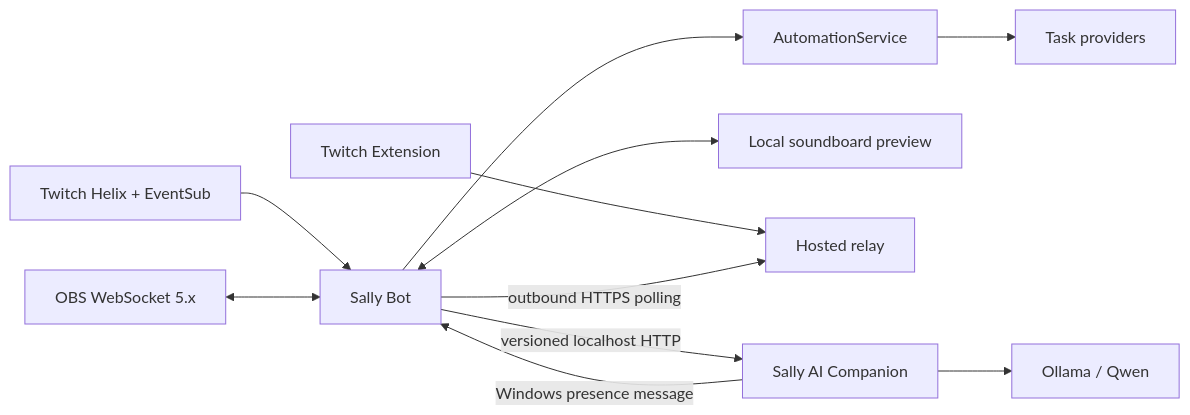
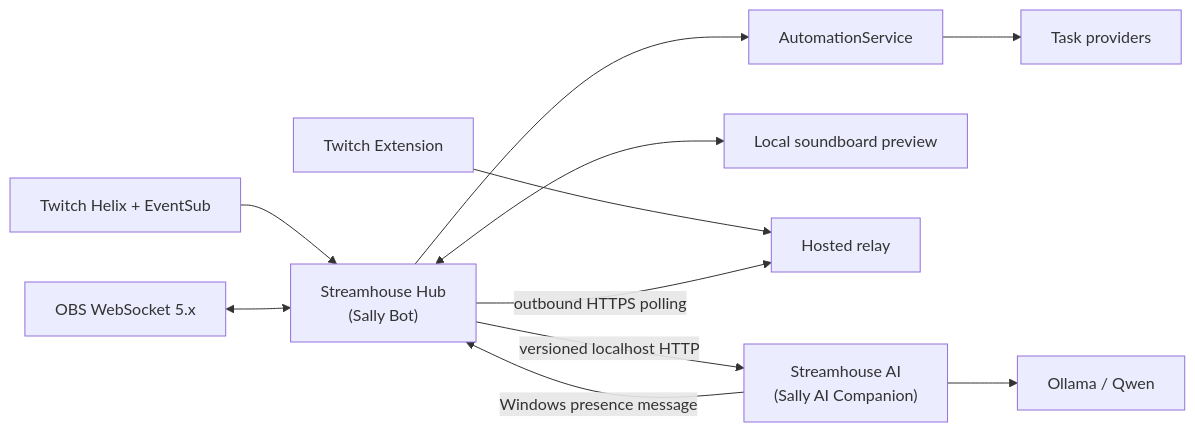
The first of 4 diagrams in docs/architecture.md (itsjusty0gurt/StreamHouse), drawn with Mermaid before and after one commit. The commit also changed other lines of this file and 9 other files, not shown here.

Commit message:
docs: define Streamhouse product family and roadmap

````diff
--- a/docs/architecture.md
+++ b/docs/architecture.md
@@ -45,13 +54,13 @@
 ```mermaid
 flowchart LR
-    Twitch["Twitch Helix + EventSub"] --> Bot["Sally Bot"]
+    Twitch["Twitch Helix + EventSub"] --> Bot["Streamhouse Hub<br/>(Sally Bot)"]
     OBS["OBS WebSocket 5.x"] <--> Bot
     Bot --> Automation["AutomationService"]
     Automation --> Tasks["Task providers"]
     Bot <--> LocalPreview["Local soundboard preview"]
     Extension["Twitch Extension"] --> Relay["Hosted relay"]
     Bot -->|"outbound HTTPS polling"| Relay
-    Companion["Sally AI Companion"] -->|"Windows presence message"| Bot
+    Companion["Streamhouse AI<br/>(Sally AI Companion)"] -->|"Windows presence message"| Bot
     Bot -->|"versioned localhost HTTP"| Companion
     Companion --> Ollama["Ollama / Qwen"]
 ```
````
